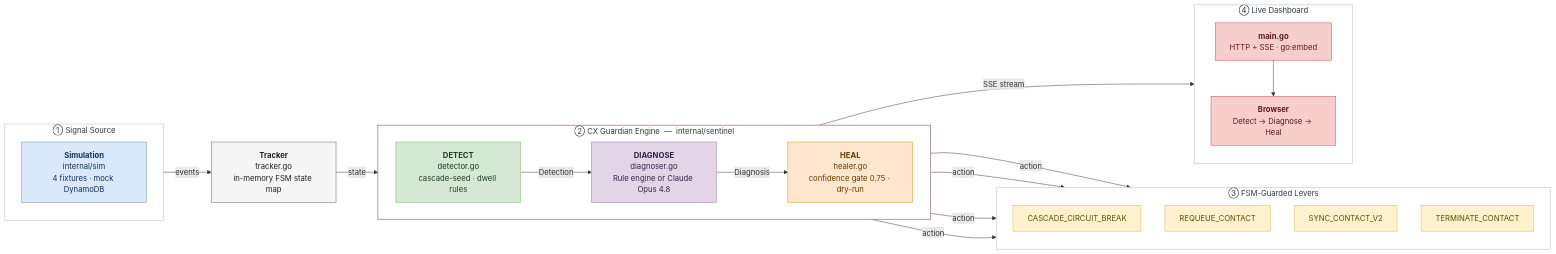
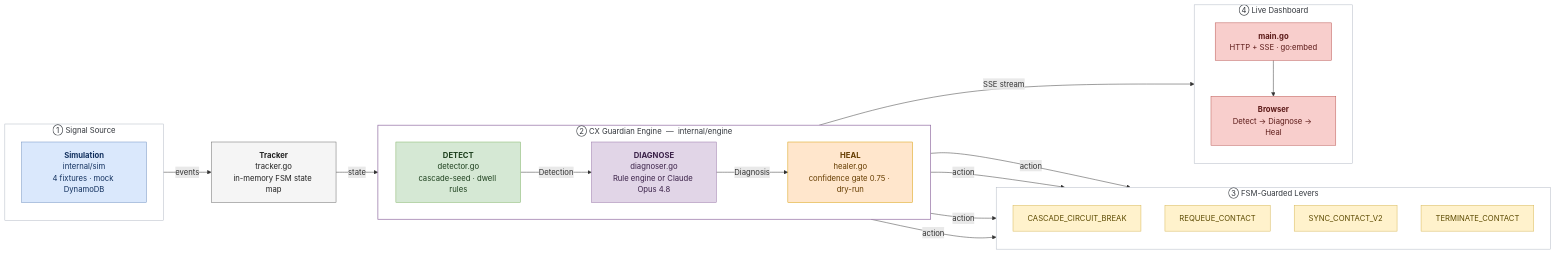
Before and after one commit to vrushabh-dhone/em-sentinel: the diagram in README.md, drawn with Mermaid. The commit also changed other lines of this file and 10 other files, not shown here.

````diff
--- a/README.md
+++ b/README.md
@@ -105,58 +105,58 @@
 ```mermaid
 flowchart LR
     subgraph SRC["① Signal Source"]
         direction TB
         SIM["<b>Simulation</b><br/>internal/sim<br/>4 fixtures · mock DynamoDB"]
     end
 
     TRK["<b>Tracker</b><br/>tracker.go<br/>in-memory FSM state map"]
 
-    subgraph ENG["② CX Guardian Engine &nbsp;—&nbsp; internal/sentinel"]
+    subgraph ENG["② CX Guardian Engine &nbsp;—&nbsp; internal/engine"]
         direction LR
         DET["<b>DETECT</b><br/>detector.go<br/>cascade-seed · dwell rules"]
         DIA["<b>DIAGNOSE</b><br/>diagnoser.go<br/>Rule engine or Claude Opus 4.8"]
         HEAL["<b>HEAL</b><br/>healer.go<br/>confidence gate 0.75 · dry-run"]
         DET -->|Detection| DIA -->|Diagnosis| HEAL
     end
 
     subgraph LEV["③ FSM-Guarded Levers"]
         direction TB
         L1["CASCADE_CIRCUIT_BREAK"]
         L2["REQUEUE_CONTACT"]
         L3["SYNC_CONTACT_V2"]
         L4["TERMINATE_CONTACT"]
     end
 
     subgraph UI["④ Live Dashboard"]
         direction TB
         SSE["<b>main.go</b><br/>HTTP + SSE · go:embed"]
         BROWSER["<b>Browser</b><br/>Detect → Diagnose → Heal"]
         SSE --> BROWSER
     end
 
     SIM -->|events| TRK
     TRK -->|state| DET
     HEAL -->|action| L1 & L2 & L3 & L4
     ENG -->|SSE stream| SSE
 
     classDef src    fill:#dae8fc,stroke:#6c8ebf,stroke-width:1px,color:#12305e;
     classDef ingest fill:#f5f5f5,stroke:#666666,stroke-width:1px,color:#222222;
     classDef detect fill:#d5e8d4,stroke:#82b366,stroke-width:1px,color:#1e401e;
     classDef diag   fill:#e1d5e7,stroke:#9673a6,stroke-width:1px,color:#3a2148;
     classDef heal   fill:#ffe6cc,stroke:#d79b00,stroke-width:1px,color:#663d00;
     classDef lever  fill:#fff2cc,stroke:#d6b656,stroke-width:1px,color:#5c4a00;
     classDef ui     fill:#f8cecc,stroke:#b85450,stroke-width:1px,color:#5c1a18;
 
     class SIM src;
     class TRK ingest;
     class DET detect;
     class DIA diag;
     class HEAL heal;
     class L1,L2,L3,L4 lever;
     class SSE,BROWSER ui;
 
     style SRC fill:#ffffff,stroke:#b0b7c3,stroke-width:1px,color:#33373d;
     style ENG fill:#ffffff,stroke:#9673a6,stroke-width:1.5px,color:#33373d;
     style LEV fill:#ffffff,stroke:#b0b7c3,stroke-width:1px,color:#33373d;
     style UI  fill:#ffffff,stroke:#b0b7c3,stroke-width:1px,color:#33373d;
 ```
````
